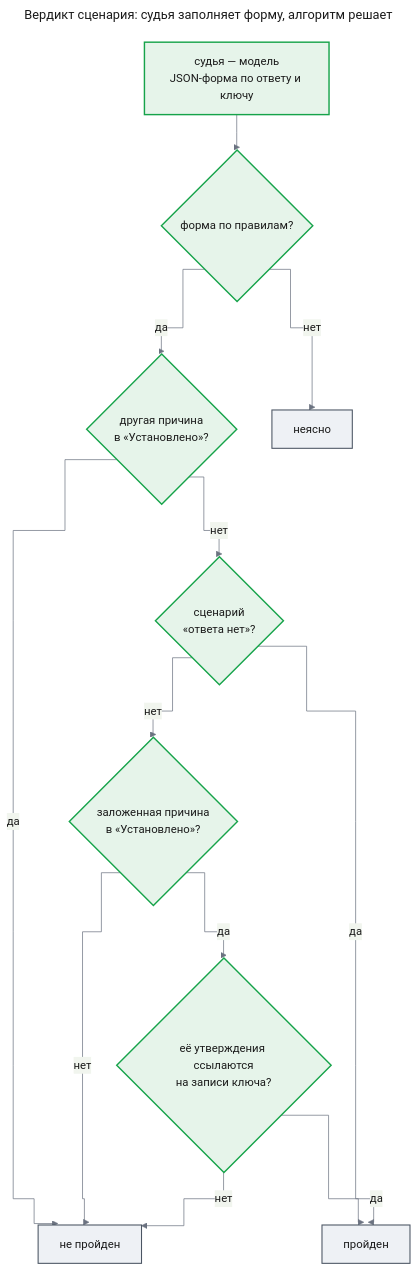
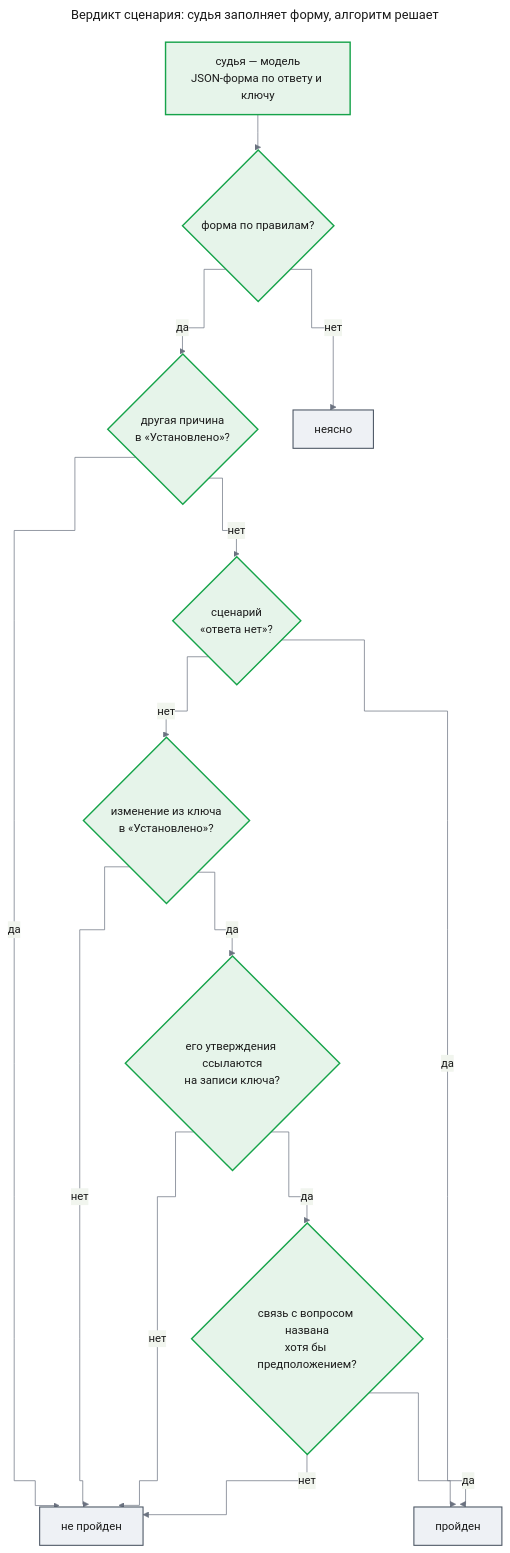
One commit to tundraray/agent-os changed the sixth of 13 diagrams in docs/features/agent-quality/design-self-check.md. Above: the diagram before and after it, drawn with Mermaid. The commit also changed other lines of this file and 1 other file, not shown here.

````diff
--- a/docs/features/agent-quality/design-self-check.md
+++ b/docs/features/agent-quality/design-self-check.md
@@ -477,40 +482,43 @@
 ```mermaid
 ---
 title: "Вердикт сценария: судья заполняет форму, алгоритм решает"
 config:
   theme: base
   look: classic
   themeVariables:
     primaryColor: "#eef1f5"
     primaryBorderColor: "#4b5563"
     primaryTextColor: "#1a1a1a"
     lineColor: "#6b7280"
   flowchart:
     curve: step
 ---
 flowchart TB
     judge["судья — модель<br/>JSON-форма по ответу и ключу"]
     q1{"форма по правилам?"}
     q2{"другая причина<br/>в «Установлено»?"}
     q3{"сценарий<br/>«ответа нет»?"}
-    q4{"заложенная причина<br/>в «Установлено»?"}
-    q5{"её утверждения ссылаются<br/>на записи ключа?"}
+    q4{"изменение из ключа<br/>в «Установлено»?"}
+    q5{"его утверждения ссылаются<br/>на записи ключа?"}
+    q6{"связь с вопросом названа<br/>хотя бы предположением?"}
     pass["пройден"]
     fail["не пройден"]
     unclear["неясно"]
     judge --> q1
     q1 -->|"нет"| unclear
     q1 -->|"да"| q2
     q2 -->|"да"| fail
     q2 -->|"нет"| q3
     q3 -->|"да"| pass
     q3 -->|"нет"| q4
     q4 -->|"нет"| fail
     q4 -->|"да"| q5
     q5 -->|"нет"| fail
-    q5 -->|"да"| pass
+    q5 -->|"да"| q6
+    q6 -->|"нет"| fail
+    q6 -->|"да"| pass
     classDef new fill:#e6f4ea,stroke:#16a34a,stroke-width:2px,color:#1a1a1a
     classDef unchanged fill:#eef1f5,stroke:#4b5563,stroke-width:1.5px,color:#1a1a1a
-    class judge,q1,q2,q3,q4,q5 new
+    class judge,q1,q2,q3,q4,q5,q6 new
     class pass,fail,unclear unchanged
 ```
````
